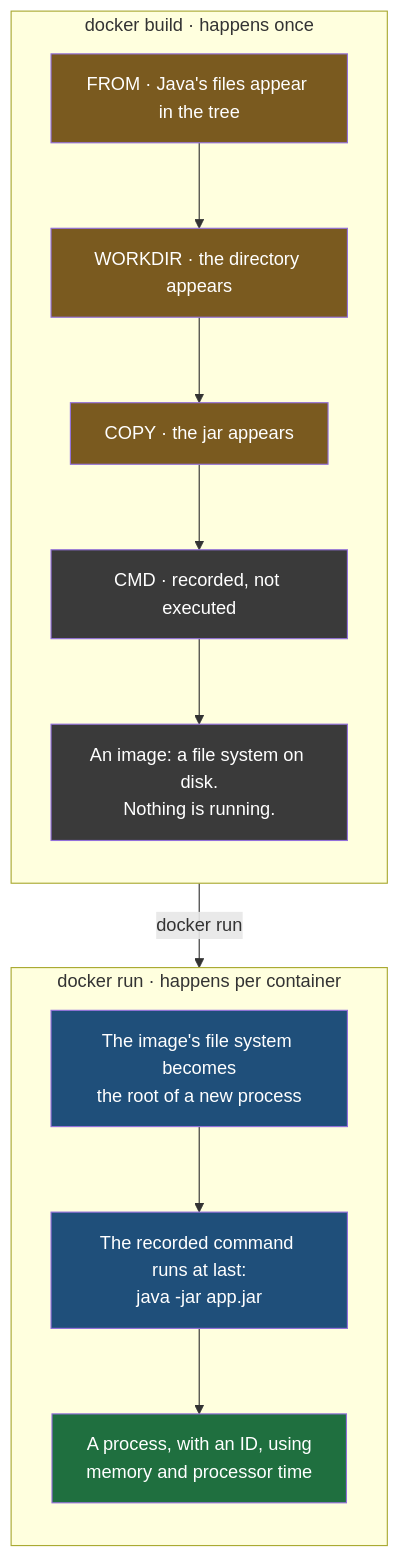
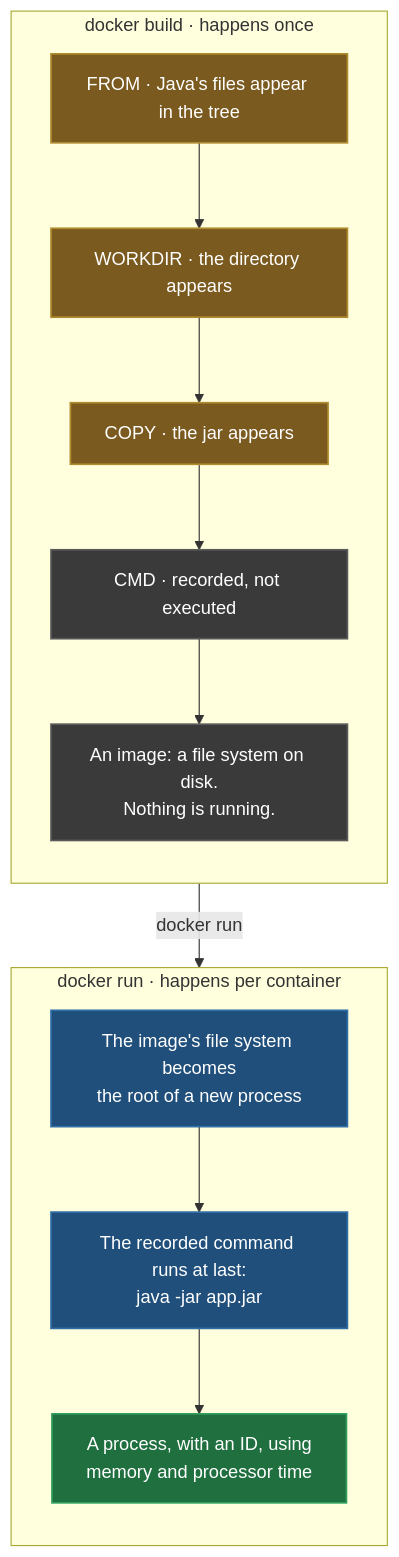
One commit to Dummy-Bug/system-design-handbook changed the second of 5 diagrams in Devops/07-Docker/03-The-Dockerfile.md. Above: the diagram before and after it, drawn with Mermaid. The commit also changed other lines of this file and 5 other files, not shown here.

````diff
--- a/Devops/07-Docker/03-The-Dockerfile.md
+++ b/Devops/07-Docker/03-The-Dockerfile.md
@@ -74,24 +76,24 @@
 ```mermaid
 flowchart TB
     subgraph BUILD["docker build · happens once"]
         direction TB
         I1["FROM · Java's files appear in the tree"] --> I2["WORKDIR · the directory appears"]
         I2 --> I3["COPY · the jar appears"]
         I3 --> I4["CMD · recorded, not executed"]
         I4 --> IMG["An image: a file system on disk.<br/>Nothing is running."]
     end
     subgraph START["docker run · happens per container"]
         direction TB
         S1["The image's file system becomes<br/>the root of a new process"] --> S2["The recorded command runs at last:<br/>java -jar app.jar"]
         S2 --> PR["A process, with an ID, using<br/>memory and processor time"]
     end
     IMG -->|"docker run"| S1
-    style I1 fill:#7a5a1f,color:#fff
-    style I2 fill:#7a5a1f,color:#fff
-    style I3 fill:#7a5a1f,color:#fff
-    style I4 fill:#3a3a3a,color:#fff
-    style IMG fill:#3a3a3a,color:#fff
-    style S1 fill:#1f4f7a,color:#fff
-    style S2 fill:#1f4f7a,color:#fff
-    style PR fill:#1f6f3f,color:#fff
+    classDef mech fill:#1f4f7a,stroke:#2f6ea6,stroke-width:1.5px,color:#fff
+    classDef good fill:#1f6f3f,stroke:#2e9c5a,stroke-width:1.5px,color:#fff
+    classDef step fill:#7a5a1f,stroke:#b08a2e,stroke-width:1.5px,color:#fff
+    classDef inert fill:#3a3a3a,stroke:#5a5a5a,stroke-width:1.5px,color:#fff
+    class S1,S2 mech
+    class PR good
+    class I1,I2,I3 step
+    class I4,IMG inert
 ```
````
